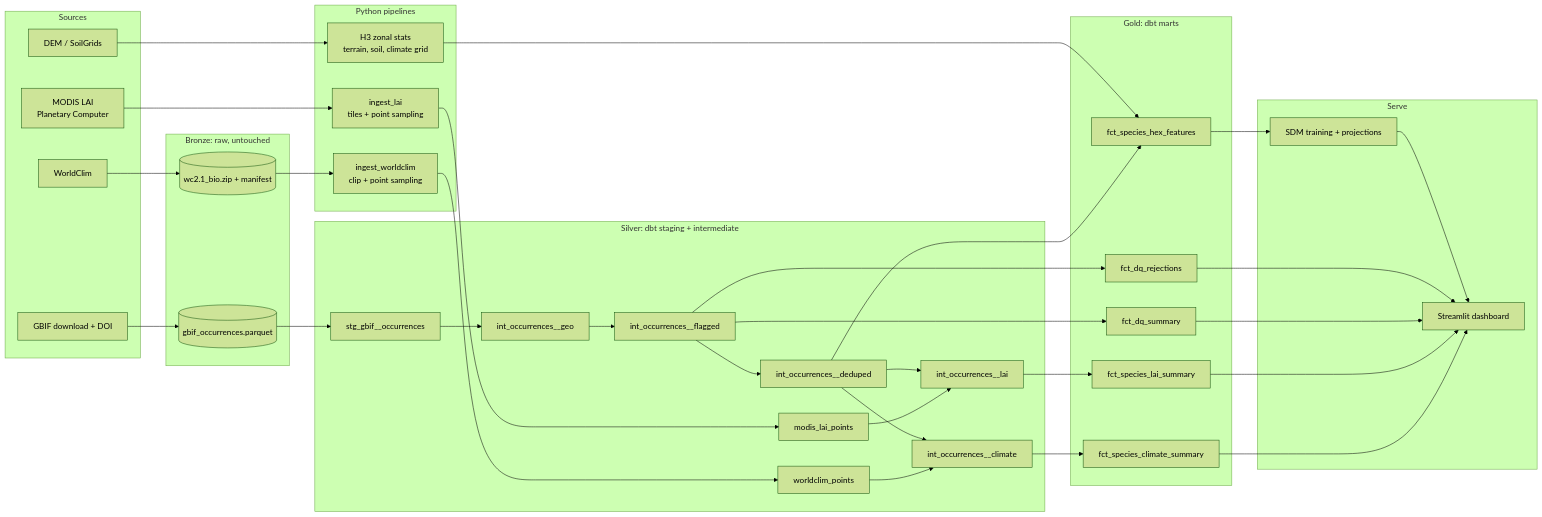
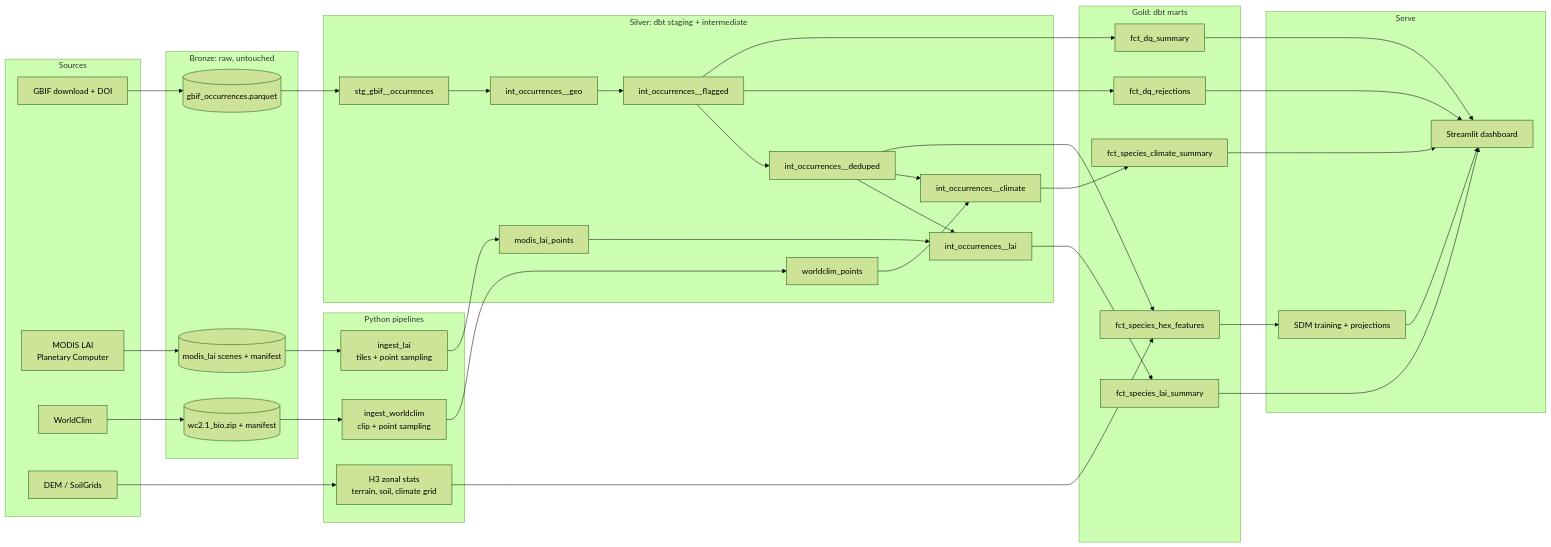
Before and after one commit to Kaboto731/Cascadia-flora: the diagram in README.md, drawn with Mermaid (forest theme). The commit also changed other lines of this file and 11 other files, not shown here.

````diff
--- a/README.md
+++ b/README.md
@@ -109,55 +109,56 @@
 ```mermaid
 flowchart LR
     subgraph Sources
         A1[GBIF download + DOI]
         A2[MODIS LAI<br/>Planetary Computer]
         A3[WorldClim]
         A4[DEM / SoilGrids]
     end
 
     subgraph Bronze["Bronze: raw, untouched"]
         B1[(gbif_occurrences.parquet)]
         B2[(wc2.1_bio.zip + manifest)]
+        B3[(modis_lai scenes + manifest)]
     end
 
     subgraph Python["Python pipelines"]
         P1[ingest_lai<br/>tiles + point sampling]
         P2[ingest_worldclim<br/>clip + point sampling]
         P3[H3 zonal stats<br/>terrain, soil, climate grid]
     end
 
     subgraph Silver["Silver: dbt staging + intermediate"]
         S1[stg_gbif__occurrences]
         S2[int_occurrences__geo]
         S3[int_occurrences__flagged]
         S4[int_occurrences__deduped]
         S5[modis_lai_points]
         S6[int_occurrences__lai]
         S7[worldclim_points]
         S8[int_occurrences__climate]
     end
 
     subgraph Gold["Gold: dbt marts"]
         G1[fct_dq_rejections]
         G2[fct_dq_summary]
         G3[fct_species_lai_summary]
         G4[fct_species_hex_features]
         G5[fct_species_climate_summary]
     end
 
     subgraph Serve
         M1[SDM training + projections]
         D1[Streamlit dashboard]
     end
 
     A1 --> B1 --> S1 --> S2 --> S3 --> S4
     S3 --> G1 & G2
-    A2 --> P1 --> S5
+    A2 --> B3 --> P1 --> S5
     S4 & S5 --> S6 --> G3
     A3 --> B2 --> P2 --> S7
     S4 & S7 --> S8 --> G5
     A4 --> P3 --> G4
     S4 --> G4
     G4 --> M1 --> D1
     G1 & G2 & G3 & G5 --> D1
 ```
````
